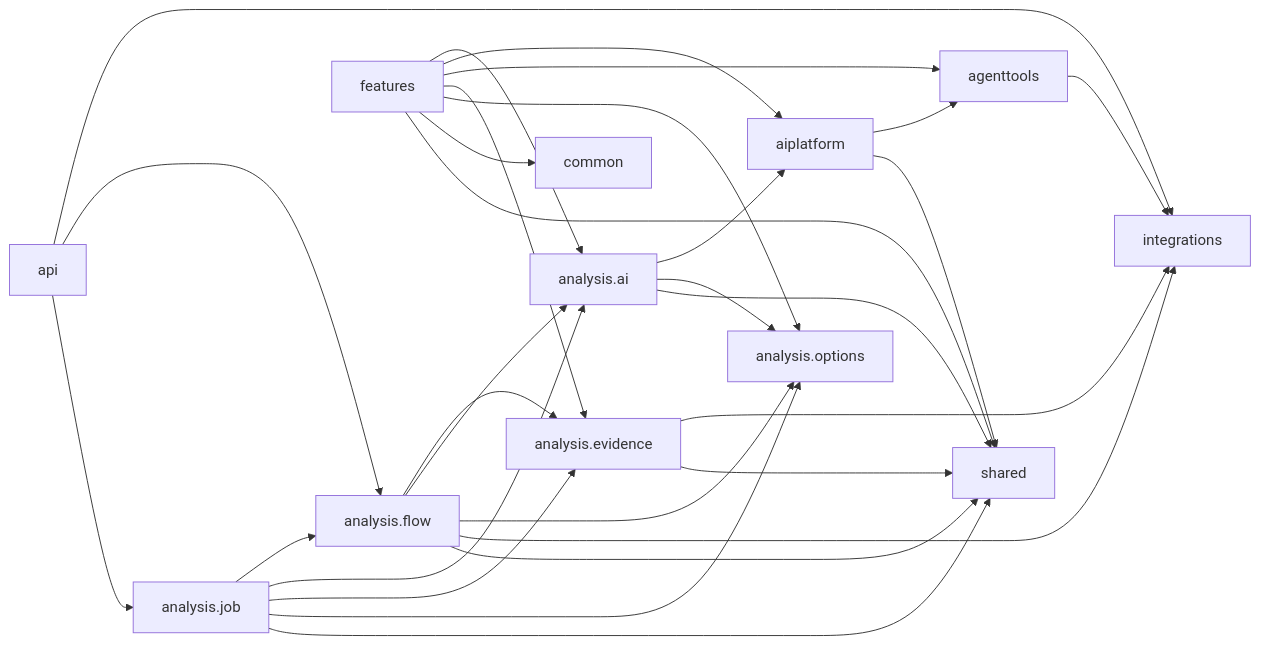
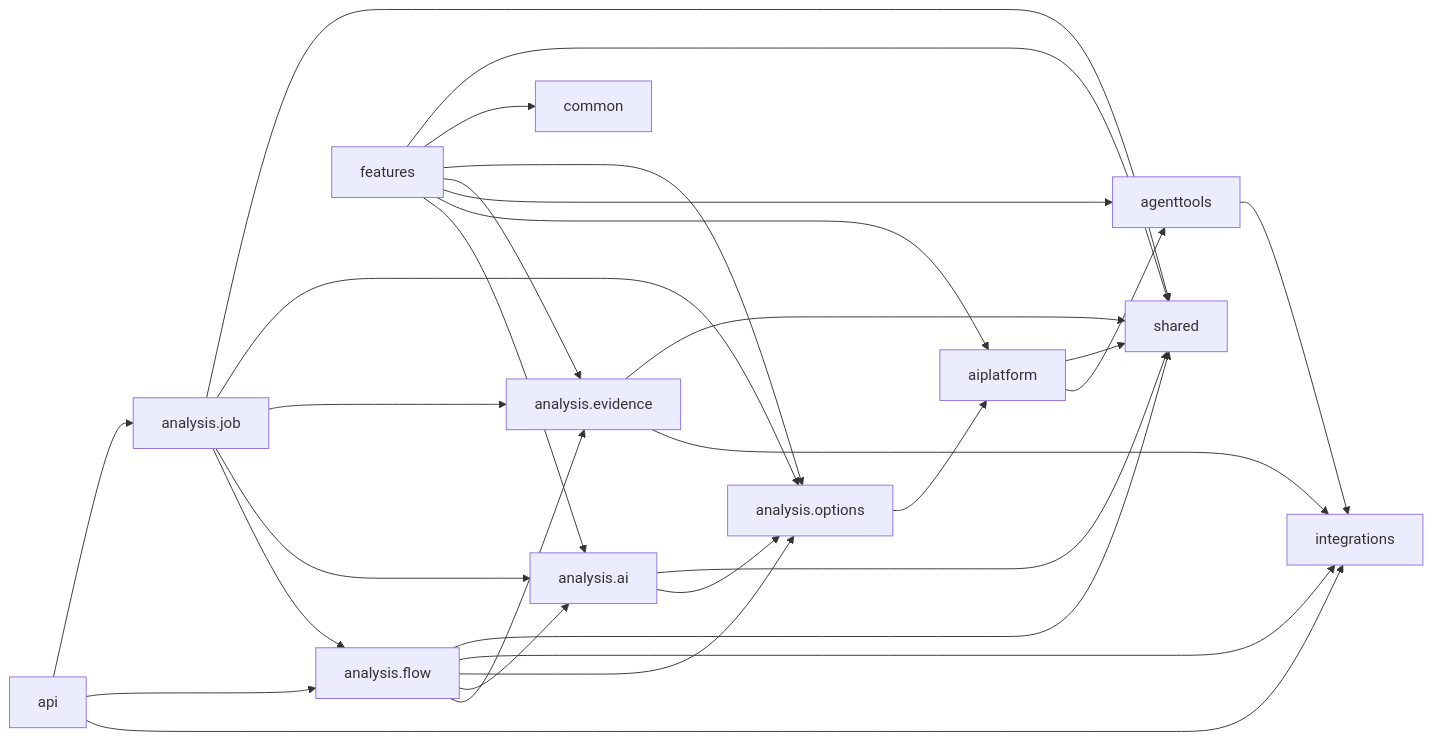
The second of 2 diagrams in docs/architecture/05-package-dependencies.md (herald-assistant/incident-tracker), drawn with Mermaid before and after one commit. The commit also changed other lines of this file and 17 other files, not shown here.

Commit message:
Move Copilot model options to aiplatform

````diff
--- a/docs/architecture/05-package-dependencies.md
+++ b/docs/architecture/05-package-dependencies.md
@@ -139,38 +140,39 @@
 ```mermaid
 flowchart LR
     JOB["analysis.job"] --> FLOW["analysis.flow"]
     JOB --> AI["analysis.ai"]
     JOB --> EVIDENCE["analysis.evidence"]
     JOB --> OPTIONS["analysis.options"]
     JOB --> SHARED["shared"]
 
     FLOW --> EVIDENCE
     FLOW --> AI
     FLOW --> OPTIONS
     FLOW --> INTEGRATIONS["integrations"]
     FLOW --> SHARED
 
     EVIDENCE --> INTEGRATIONS["integrations"]
     EVIDENCE --> SHARED
 
     FEATURES["features"] --> AI
     FEATURES --> AIPLATFORM["aiplatform"]
     FEATURES --> AGENTTOOLS["agenttools"]
     FEATURES --> EVIDENCE
     FEATURES --> OPTIONS
     FEATURES --> COMMON["common"]
     FEATURES --> SHARED
 
-    AI --> AIPLATFORM["aiplatform"]
     AI --> OPTIONS
     AI --> SHARED
+
+    OPTIONS --> AIPLATFORM["aiplatform"]
 
     AIPLATFORM --> AGENTTOOLS
     AIPLATFORM --> SHARED
 
     AGENTTOOLS --> INTEGRATIONS
 
     API["api"] --> INTEGRATIONS
     API --> FLOW
     API --> JOB
 ```
````
